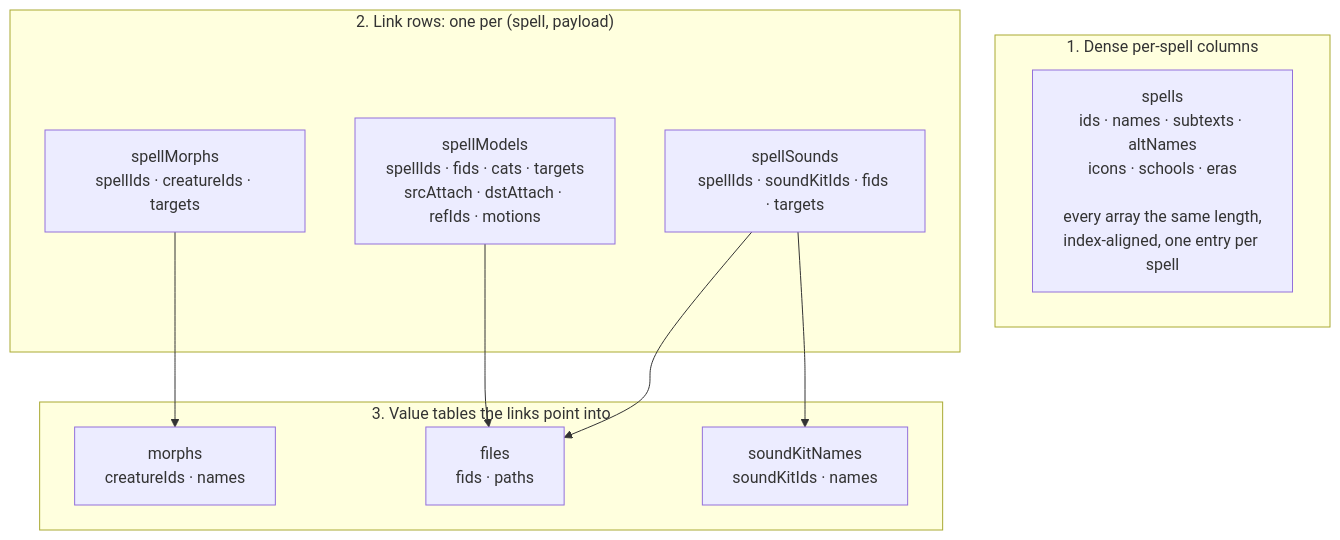
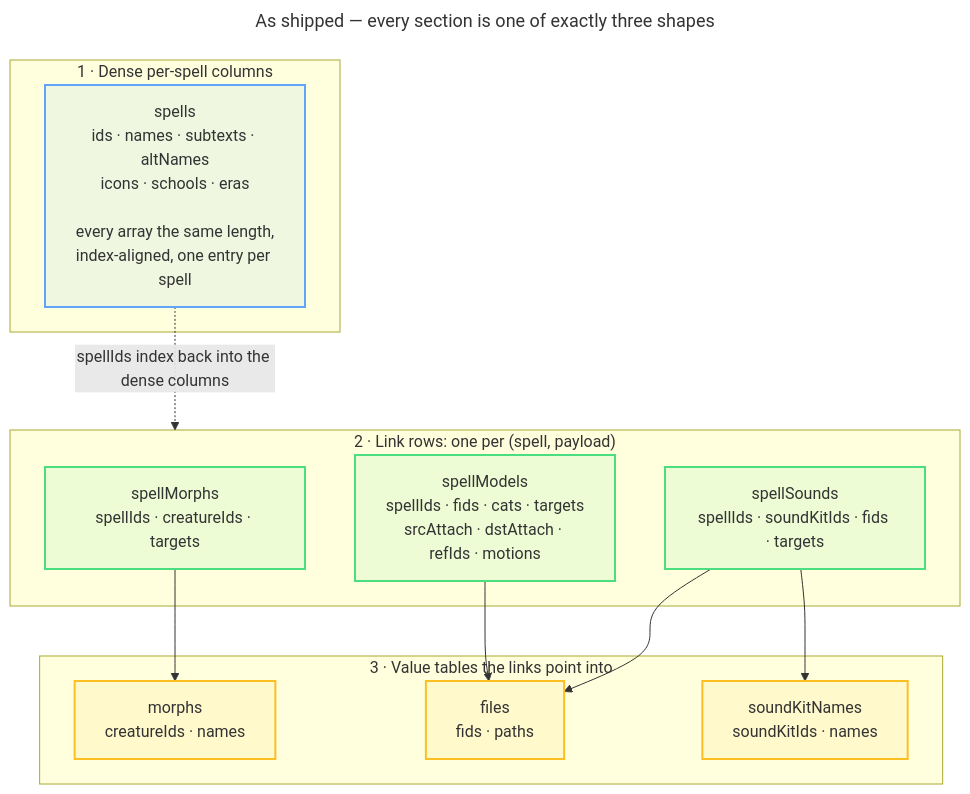
The fifth of 9 diagrams in docs/DATA_ROUTES.md (Natans8/Epsilook), drawn with Mermaid before and after one commit. The commit also changed other lines of this file and 2 other files, not shown here.

````diff
--- a/docs/DATA_ROUTES.md
+++ b/docs/DATA_ROUTES.md
@@ -189,20 +342,38 @@
 ```mermaid
+---
+title: As shipped — every section is one of exactly three shapes
+---
 flowchart TD
-    subgraph A["1. Dense per-spell columns"]
+    accTitle: The pack's three section shapes
+    accDescr {
+      Dense per-spell columns are indexed by spell. Link rows carry one row per spell and
+      payload, keyed back to the dense columns. Value tables hold a name or path once and are
+      pointed into by the link rows.
+    }
+
+    subgraph A["1 · Dense per-spell columns"]
         A1["spells<br/>ids · names · subtexts · altNames<br/>icons · schools · eras<br/><br/>every array the same length,<br/>index-aligned, one entry per spell"]
     end
-    subgraph B["2. Link rows: one per (spell, payload)"]
+    subgraph B["2 · Link rows: one per (spell, payload)"]
         B1["spellMorphs<br/>spellIds · creatureIds · targets"]
         B2["spellModels<br/>spellIds · fids · cats · targets<br/>srcAttach · dstAttach · refIds · motions"]
         B3["spellSounds<br/>spellIds · soundKitIds · fids · targets"]
     end
-    subgraph C["3. Value tables the links point into"]
+    subgraph C["3 · Value tables the links point into"]
         C1["morphs<br/>creatureIds · names"]
         C2["files<br/>fids · paths"]
         C3["soundKitNames<br/>soundKitIds · names"]
     end
+    A1 -. "spellIds index back into the dense columns" .-> B
     B1 --> C1
     B2 --> C2
     B3 --> C2
     B3 --> C3
+
+    classDef dense fill:#60a5fa18,stroke:#60a5fa,stroke-width:2px
+    classDef link fill:#4ade8018,stroke:#4ade80,stroke-width:2px
+    classDef value fill:#fbbf2418,stroke:#fbbf24,stroke-width:2px
+    class A1 dense
+    class B1,B2,B3 link
+    class C1,C2,C3 value
 ```
````
